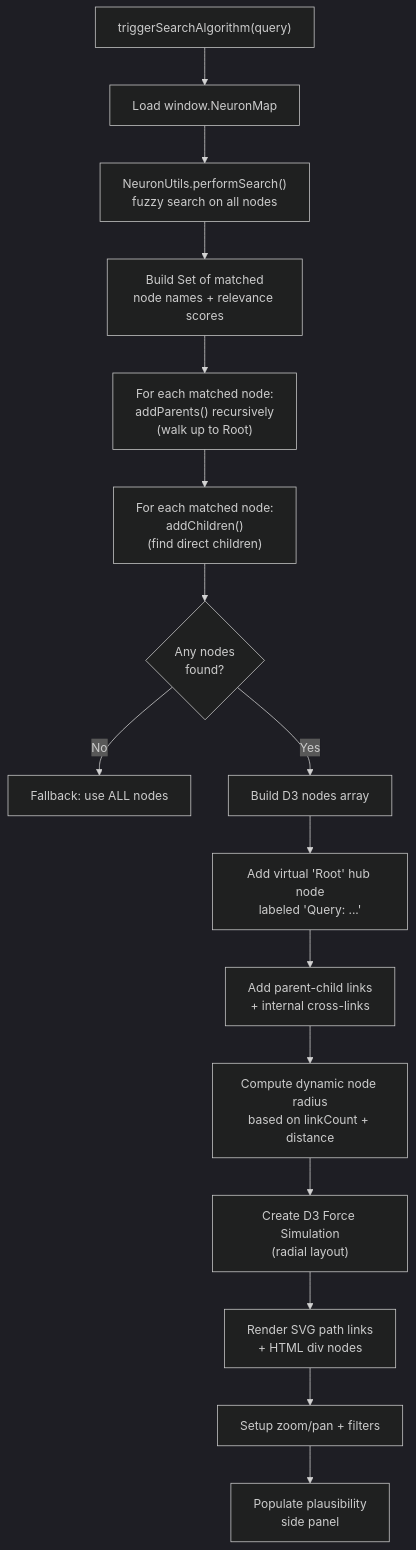
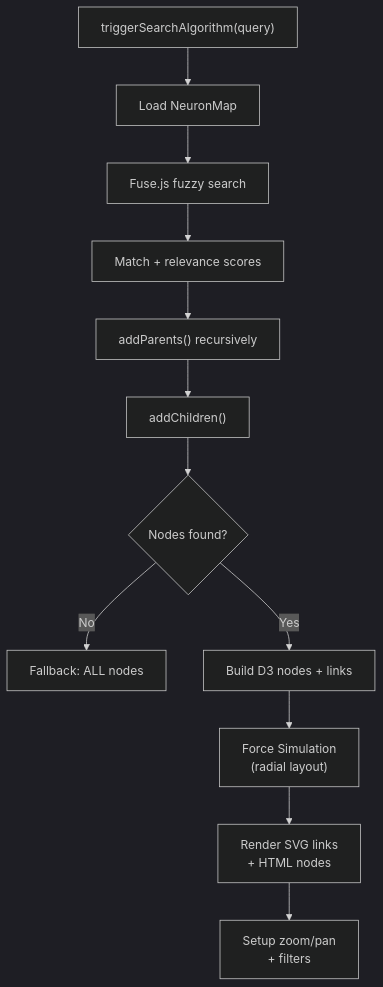
Before and after one commit to Kavyargb/Neuron-IQ: the ninth of 13 diagrams in README.md, drawn with Mermaid (dark theme). The commit also changed other lines of this file, not shown here.

Commit message:
docs: overhaul README with enhanced formatting, project badges, and detailed architecture documentation

````diff
--- a/README.md
+++ b/README.md
@@ -505,20 +523,14 @@
 ```mermaid
 flowchart TD
-    A["triggerSearchAlgorithm(query)"] --> B["Load window.NeuronMap"]
-    B --> C["NeuronUtils.performSearch()<br>fuzzy search on all nodes"]
-    C --> D["Build Set of matched<br>node names + relevance scores"]
-
-    D --> E["For each matched node:<br>addParents() recursively<br>(walk up to Root)"]
-    E --> F["For each matched node:<br>addChildren()<br>(find direct children)"]
-    F --> G{"Any nodes<br>found?"}
-    G -- "No" --> H["Fallback: use ALL nodes"]
-    G -- "Yes" --> I["Build D3 nodes array"]
-
-    I --> J["Add virtual 'Root' hub node<br>labeled 'Query: ...'"]
-    J --> J2["Add parent-child links<br>+ internal cross-links"]
-    J2 --> K["Compute dynamic node radius<br>based on linkCount + distance"]
-    K --> L["Create D3 Force Simulation<br>(radial layout)"]
-    L --> M["Render SVG path links<br>+ HTML div nodes"]
-    M --> N["Setup zoom/pan + filters"]
-    N --> O["Populate plausibility<br>side panel"]
+    A["triggerSearchAlgorithm(query)"] --> B["Load NeuronMap"]
+    B --> C["Fuse.js fuzzy search"]
+    C --> D["Match + relevance scores"]
+    D --> E["addParents() recursively"]
+    E --> F["addChildren()"]
+    F --> G{"Nodes found?"}
+    G -- "No" --> H["Fallback: ALL nodes"]
+    G -- "Yes" --> I["Build D3 nodes + links"]
+    I --> J["Force Simulation<br/>(radial layout)"]
+    J --> K["Render SVG links<br/>+ HTML nodes"]
+    K --> L["Setup zoom/pan<br/>+ filters"]
 ```
````
